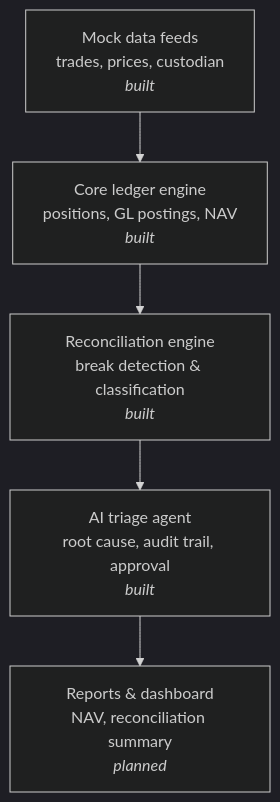
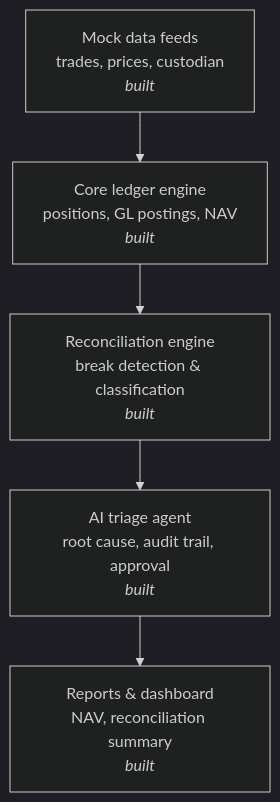
Before and after one commit to yuschajp/ledger-engine: the first of 2 diagrams in README.md, drawn with Mermaid (dark theme). The commit also changed other lines of this file and 2 other files, not shown here.

Commit message:
Add static HTML dashboard, complete the full pipeline

````diff
--- a/README.md
+++ b/README.md
@@ -11,7 +11,7 @@
 ```mermaid
 flowchart TD
     A[Mock data feeds<br/>trades, prices, custodian<br/><i>built</i>] --> B[Core ledger engine<br/>positions, GL postings, NAV<br/><i>built</i>]
     B --> C[Reconciliation engine<br/>break detection & classification<br/><i>built</i>]
     C --> D[AI triage agent<br/>root cause, audit trail, approval<br/><i>built</i>]
-    D --> E[Reports & dashboard<br/>NAV, reconciliation summary<br/><i>planned</i>]
+    D --> E[Reports & dashboard<br/>NAV, reconciliation summary<br/><i>built</i>]
 ```
````
